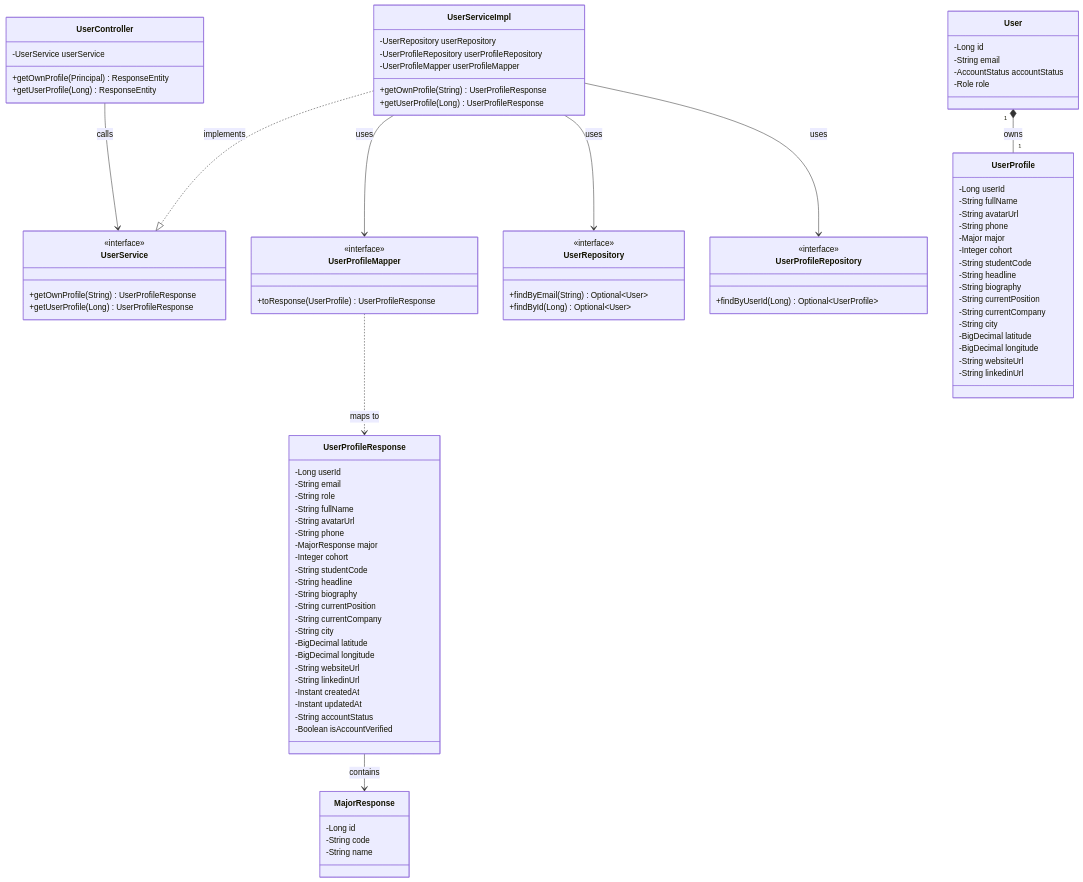
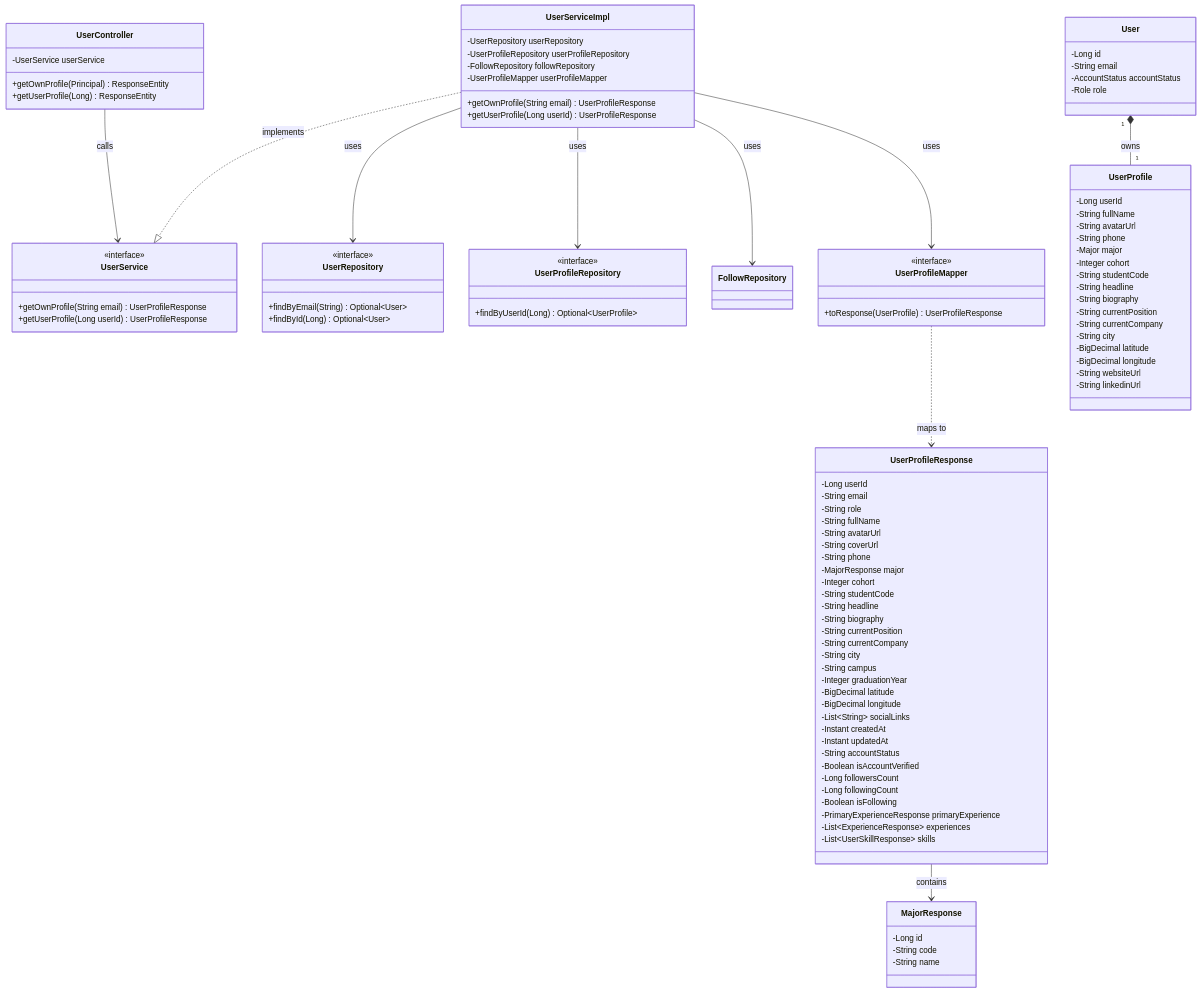
The second of 4 diagrams in docs/update_SRS/SRS_UC_39_ViewUserProfile.md (Alumnect/Alumnect), drawn with Mermaid before and after one commit. The commit also changed other lines of this file and 1 other file, not shown here.

Commit message:
change srs view follow list and view user profile

```diff
--- a/docs/update_SRS/SRS_UC_39_ViewUserProfile.md
+++ b/docs/update_SRS/SRS_UC_39_ViewUserProfile.md
@@ -127,6 +127,7 @@
         -String role
         -String fullName
         -String avatarUrl
+        -String coverUrl
         -String phone
         -MajorResponse major
         -Integer cohort
@@ -136,14 +137,21 @@
         -String currentPosition
         -String currentCompany
         -String city
+        -String campus
+        -Integer graduationYear
         -BigDecimal latitude
         -BigDecimal longitude
-        -String websiteUrl
-        -String linkedinUrl
+        -List~String~ socialLinks
         -Instant createdAt
         -Instant updatedAt
         -String accountStatus
         -Boolean isAccountVerified
+        -Long followersCount
+        -Long followingCount
+        -Boolean isFollowing
+        -PrimaryExperienceResponse primaryExperience
+        -List~ExperienceResponse~ experiences
+        -List~UserSkillResponse~ skills
     }
 
     class MajorResponse {
@@ -154,16 +162,17 @@
 
     class UserService {
         <<interface>>
-        +getOwnProfile(String) UserProfileResponse
-        +getUserProfile(Long) UserProfileResponse
+        +getOwnProfile(String email) UserProfileResponse
+        +getUserProfile(Long userId) UserProfileResponse
     }
 
     class UserServiceImpl {
         -UserRepository userRepository
         -UserProfileRepository userProfileRepository
+        -FollowRepository followRepository
         -UserProfileMapper userProfileMapper
-        +getOwnProfile(String) UserProfileResponse
-        +getUserProfile(Long) UserProfileResponse
+        +getOwnProfile(String email) UserProfileResponse
+        +getUserProfile(Long userId) UserProfileResponse
     }
 
     class UserProfileMapper {
@@ -212,6 +221,7 @@
     UserServiceImpl ..|> UserService : implements
     UserServiceImpl --> UserRepository : uses
     UserServiceImpl --> UserProfileRepository : uses
+    UserServiceImpl --> FollowRepository : uses
     UserServiceImpl --> UserProfileMapper : uses
     UserProfileMapper ..> UserProfileResponse : maps to
     UserProfileResponse --> MajorResponse : contains
```
